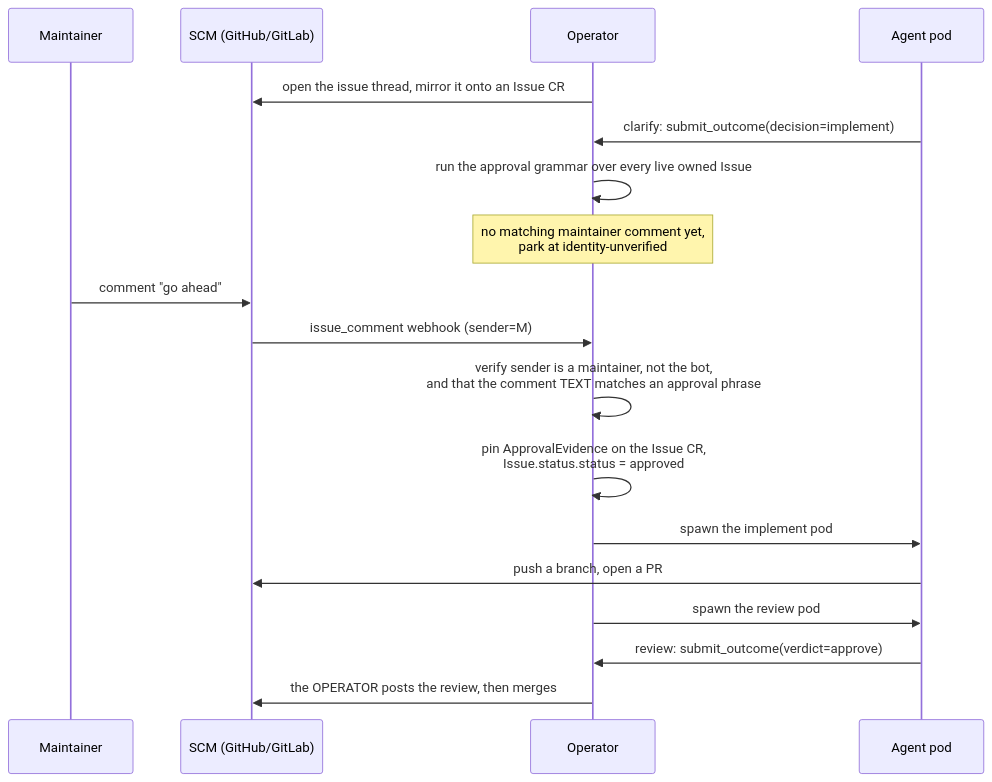
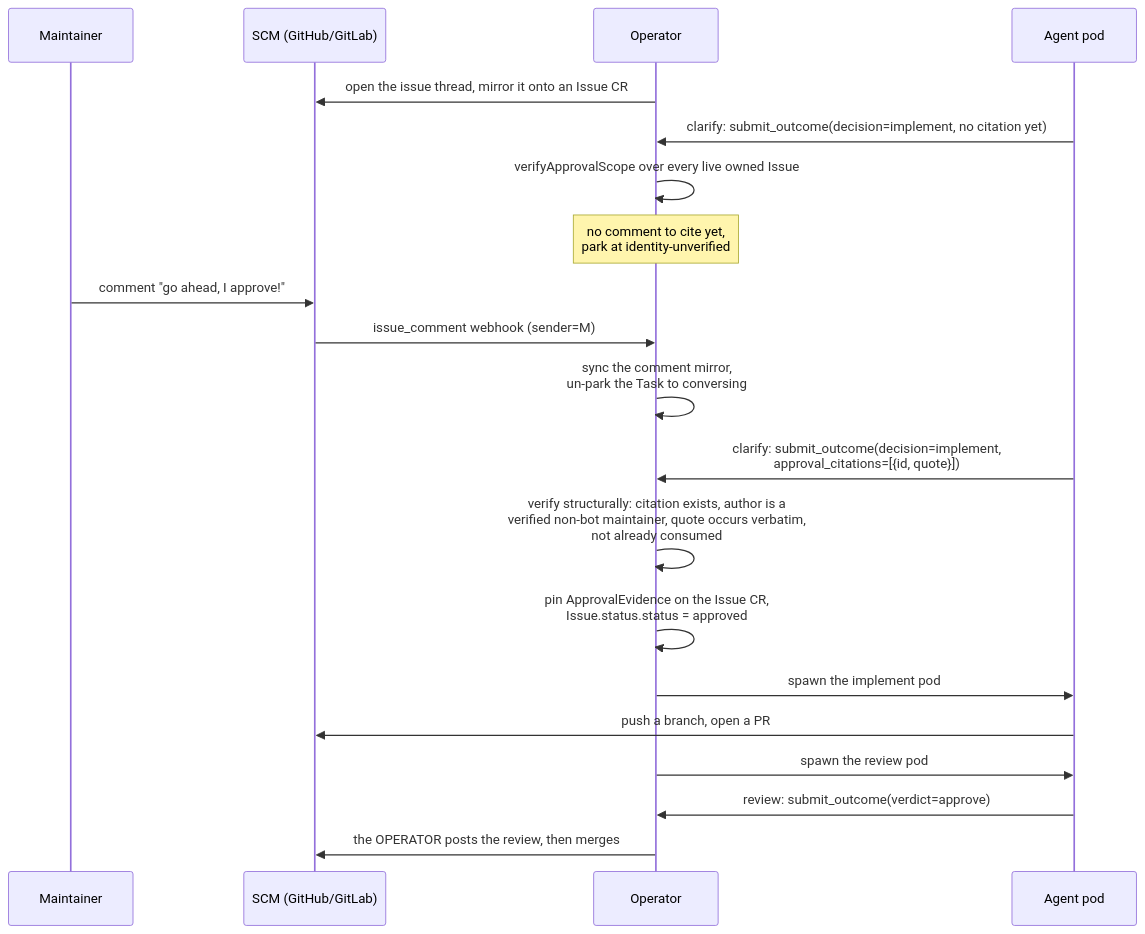
The first of 2 diagrams in docs/operations/security/approval-gates.md (szymonrychu/tatara-documentation), drawn with Mermaid before and after one commit. The commit also changed other lines of this file and 17 other files, not shown here.

First line of the commit message:
docs: the approval gate is agent-judged and operator-verified

````diff
--- a/docs/operations/security/approval-gates.md
+++ b/docs/operations/security/approval-gates.md
@@ -17,21 +17,23 @@
 ```mermaid
 sequenceDiagram
     participant M as Maintainer
     participant SCM as SCM (GitHub/GitLab)
     participant OP as Operator
     participant AG as Agent pod
 
     OP->>SCM: open the issue thread, mirror it onto an Issue CR
-    AG->>OP: clarify: submit_outcome(decision=implement)
-    OP->>OP: run the approval grammar over every live owned Issue
-    Note over OP: no matching maintainer comment yet,<br/>park at identity-unverified
-    M->>SCM: comment "go ahead"
+    AG->>OP: clarify: submit_outcome(decision=implement, no citation yet)
+    OP->>OP: verifyApprovalScope over every live owned Issue
+    Note over OP: no comment to cite yet,<br/>park at identity-unverified
+    M->>SCM: comment "go ahead, I approve!"
     SCM->>OP: issue_comment webhook (sender=M)
-    OP->>OP: verify sender is a maintainer, not the bot,<br/>and that the comment TEXT matches an approval phrase
+    OP->>OP: sync the comment mirror,<br/>un-park the Task to conversing
+    AG->>OP: clarify: submit_outcome(decision=implement,<br/>approval_citations=[{id, quote}])
+    OP->>OP: verify structurally: citation exists, author is a<br/>verified non-bot maintainer, quote occurs verbatim,<br/>not already consumed
     OP->>OP: pin ApprovalEvidence on the Issue CR,<br/>Issue.status.status = approved
     OP->>AG: spawn the implement pod
     AG->>SCM: push a branch, open a PR
     OP->>AG: spawn the review pod
     AG->>OP: review: submit_outcome(verdict=approve)
     OP->>SCM: the OPERATOR posts the review, then merges
 ```
````
